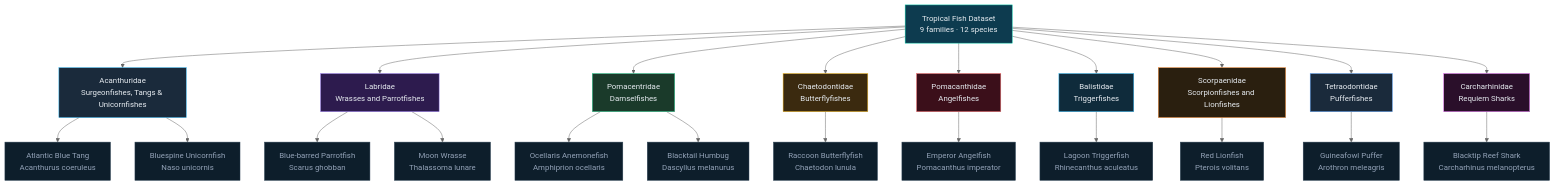
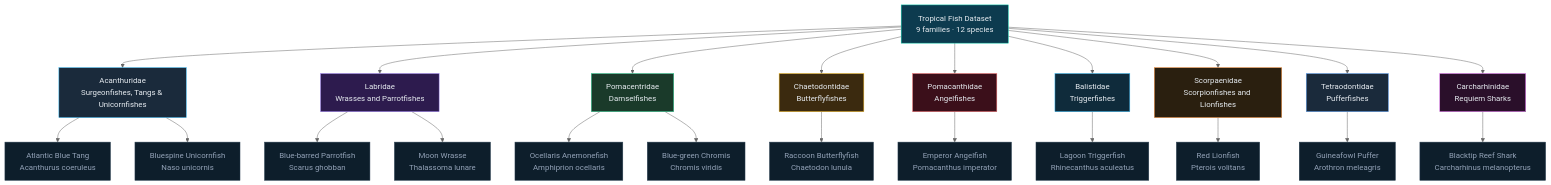
The diagram in README.md (fish-gang/dataset-scraper), drawn with Mermaid (neutral theme) before and after one commit. The commit also changed 2 other files, not shown here.

Commit message:
fix: changed species with too little data

````diff
--- a/README.md
+++ b/README.md
@@ -13,59 +13,59 @@
 ```mermaid
 graph TD
     ROOT["Tropical Fish Dataset<br>9 families · 12 species"]
 
     ROOT --> ACN["Acanthuridae<br>Surgeonfishes, Tangs & Unicornfishes"]
     ROOT --> LAB["Labridae<br>Wrasses and Parrotfishes"]
     ROOT --> POM["Pomacentridae<br>Damselfishes"]
     ROOT --> CHA["Chaetodontidae<br>Butterflyfishes"]
     ROOT --> POC["Pomacanthidae<br>Angelfishes"]
     ROOT --> BAL["Balistidae<br>Triggerfishes"]
     ROOT --> SCO["Scorpaenidae<br>Scorpionfishes and Lionfishes"]
     ROOT --> TET["Tetraodontidae<br>Pufferfishes"]
     ROOT --> CAR["Carcharhinidae<br>Requiem Sharks"]
 
     ACN --> ACN1["Atlantic Blue Tang<br>Acanthurus coeruleus"]
     ACN --> ACN2["Bluespine Unicornfish<br>Naso unicornis"]
 
     LAB --> LAB1["Blue-barred Parrotfish<br>Scarus ghobban"]
     LAB --> LAB2["Moon Wrasse<br>Thalassoma lunare"]
 
     POM --> POM1["Ocellaris Anemonefish<br>Amphiprion ocellaris"]
-    POM --> POM2["Blacktail Humbug<br>Dascyllus melanurus"]
+    POM --> POM2["Blue-green Chromis<br>Chromis viridis"]
 
     CHA --> CHA1["Raccoon Butterflyfish<br>Chaetodon lunula"]
 
     POC --> POC1["Emperor Angelfish<br>Pomacanthus imperator"]
 
     BAL --> BAL1["Lagoon Triggerfish<br>Rhinecanthus aculeatus"]
 
     SCO --> SCO1["Red Lionfish<br>Pterois volitans"]
 
     TET --> TET1["Guineafowl Puffer<br>Arothron meleagris"]
 
     CAR --> CAR1["Blacktip Reef Shark<br>Carcharhinus melanopterus"]
 
     style ROOT fill:#0d3b4f,stroke:#00c9a7,color:#e8edf2
     style ACN fill:#1a2a3b,stroke:#38bdf8,color:#e8edf2
     style LAB fill:#2d1b4e,stroke:#a78bfa,color:#e8edf2
     style POM fill:#1a3a2a,stroke:#34d399,color:#e8edf2
     style CHA fill:#3b2a0f,stroke:#fbbf24,color:#e8edf2
     style POC fill:#3b0f1a,stroke:#f87171,color:#e8edf2
     style BAL fill:#0f2b3b,stroke:#38bdf8,color:#e8edf2
     style SCO fill:#2a1f0f,stroke:#fb923c,color:#e8edf2
     style TET fill:#1a2a3b,stroke:#60a5fa,color:#e8edf2
     style CAR fill:#2a0f2a,stroke:#e879f9,color:#e8edf2
 
     style ACN1 fill:#0d1e2b,stroke:#2a3f52,color:#94a3b8
     style ACN2 fill:#0d1e2b,stroke:#2a3f52,color:#94a3b8
     style LAB1 fill:#0d1e2b,stroke:#2a3f52,color:#94a3b8
     style LAB2 fill:#0d1e2b,stroke:#2a3f52,color:#94a3b8
     style POM1 fill:#0d1e2b,stroke:#2a3f52,color:#94a3b8
     style POM2 fill:#0d1e2b,stroke:#2a3f52,color:#94a3b8
     style CHA1 fill:#0d1e2b,stroke:#2a3f52,color:#94a3b8
     style POC1 fill:#0d1e2b,stroke:#2a3f52,color:#94a3b8
     style BAL1 fill:#0d1e2b,stroke:#2a3f52,color:#94a3b8
     style SCO1 fill:#0d1e2b,stroke:#2a3f52,color:#94a3b8
     style TET1 fill:#0d1e2b,stroke:#2a3f52,color:#94a3b8
     style CAR1 fill:#0d1e2b,stroke:#2a3f52,color:#94a3b8
 ```
````
